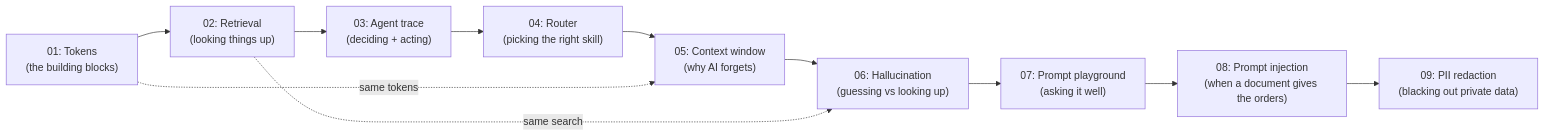
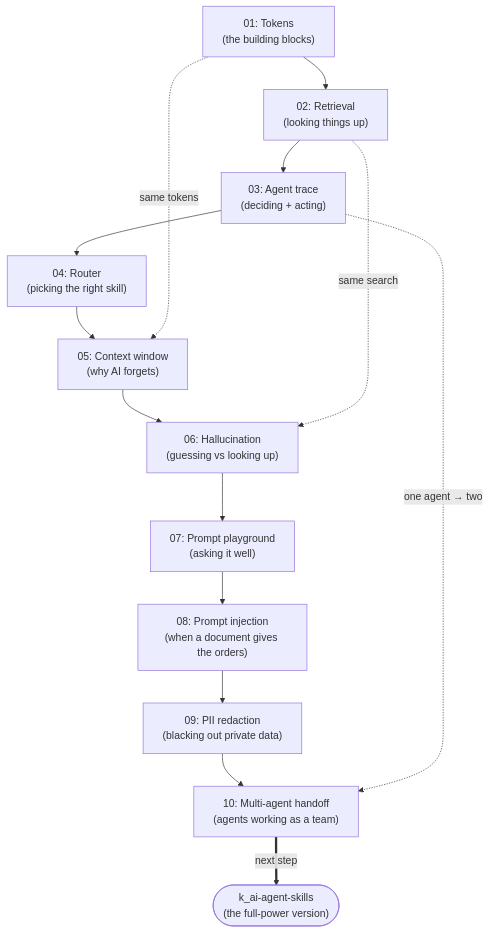
Before and after one commit to khadir-syed/k-ai-basics: the diagram in README.md, drawn with Mermaid. The commit also changed other lines of this file and 5 other files, not shown here.

First line of the commit message:
Add Demo 10: Multi-Agent Handoff

````diff
--- a/README.md
+++ b/README.md
@@ -78,13 +82,16 @@
 ```mermaid
-flowchart LR
+flowchart TB
     A["01: Tokens\n(the building blocks)"] --> B["02: Retrieval\n(looking things up)"]
     B --> C["03: Agent trace\n(deciding + acting)"]
     C --> D["04: Router\n(picking the right skill)"]
     D --> E["05: Context window\n(why AI forgets)"]
     A -.->|"same tokens"| E
     E --> F["06: Hallucination\n(guessing vs looking up)"]
     B -.->|"same search"| F
     F --> G["07: Prompt playground\n(asking it well)"]
     G --> H["08: Prompt injection\n(when a document gives the orders)"]
     H --> I["09: PII redaction\n(blacking out private data)"]
+    I --> J["10: Multi-agent handoff\n(agents working as a team)"]
+    C -.->|"one agent → two"| J
+    J ==>|"next step"| K(["k_ai-agent-skills\n(the full-power version)"])
 ```
````
